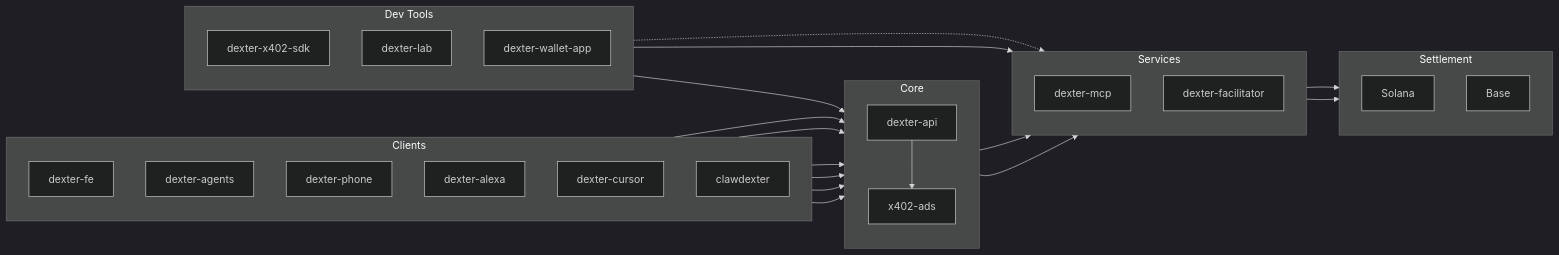
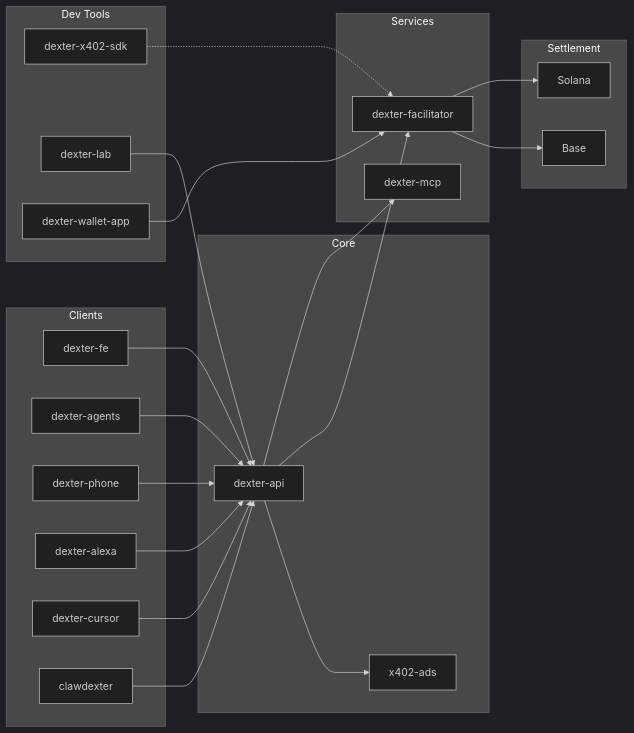
The diagram in profile/README.md (Dexter-DAO/.github), drawn with Mermaid (dark theme) before and after one commit.

Commit message:
fix: remove direction TB from mermaid subgraphs for GitHub rendering
GitHub's org profile mermaid renderer fails on `direction TB` inside
subgraphs, showing "Unable to render rich display" instead of the
diagram. Removing the direction directives fixes rendering while
maintaining the same layout (LR is the flowchart direction).

Made-with: Cursor

````diff
--- a/profile/README.md
+++ b/profile/README.md
@@ -22,55 +22,50 @@
 ```mermaid
 flowchart LR
     subgraph clients["Clients"]
-        direction TB
         fe["dexter-fe"]
         agents["dexter-agents"]
         phone["dexter-phone"]
         alexa["dexter-alexa"]
         cursor["dexter-cursor"]
         claw["clawdexter"]
     end
 
     subgraph core["Core"]
-        direction TB
         api["dexter-api"]
         ads["x402-ads"]
     end
 
     subgraph services["Services"]
-        direction TB
         mcp["dexter-mcp"]
         facilitator["dexter-facilitator"]
     end
 
     subgraph devtools["Dev Tools"]
-        direction TB
         sdk["dexter-x402-sdk"]
         lab["dexter-lab"]
         wallet["dexter-wallet-app"]
     end
 
     subgraph settle["Settlement"]
-        direction TB
         solana["Solana"]
         base["Base"]
     end
 
     fe --> api
     agents --> api
     phone --> api
     alexa --> api
     cursor --> api
     claw --> api
 
     api --> mcp
     api --> facilitator
     api --> ads
 
     sdk -.-> facilitator
     lab --> api
     wallet --> facilitator
 
     facilitator --> solana
     facilitator --> base
 ```
````
